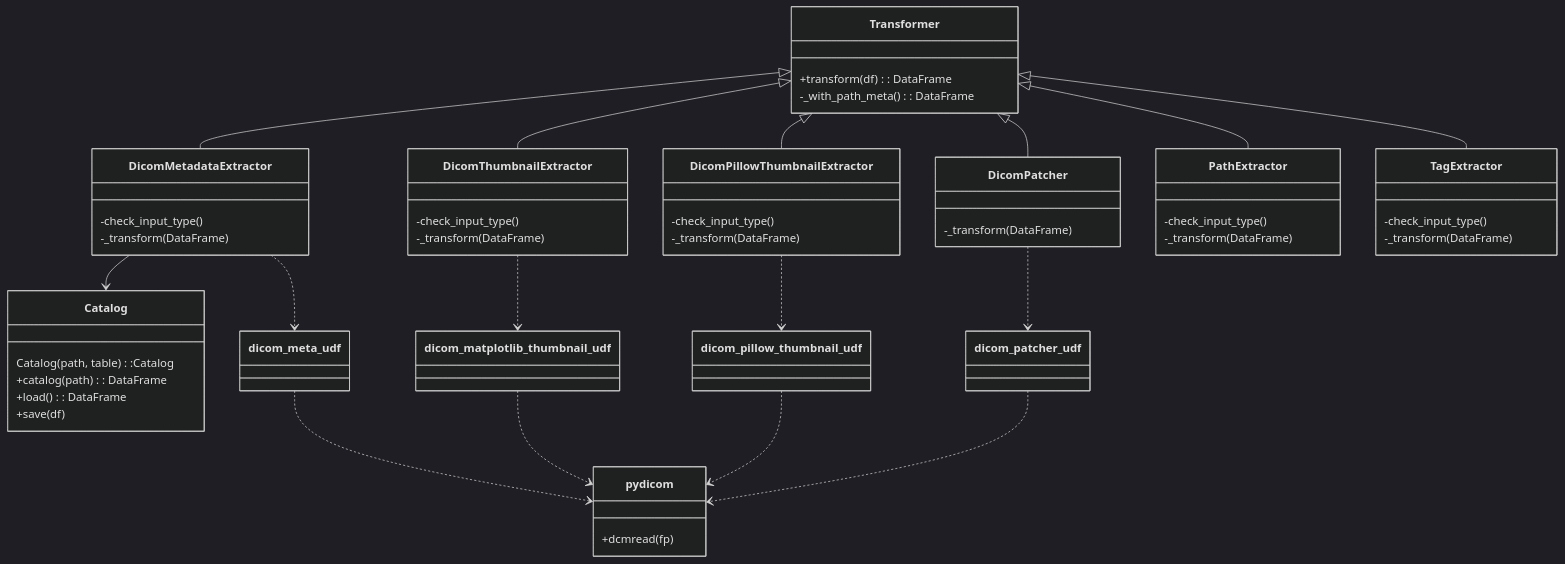
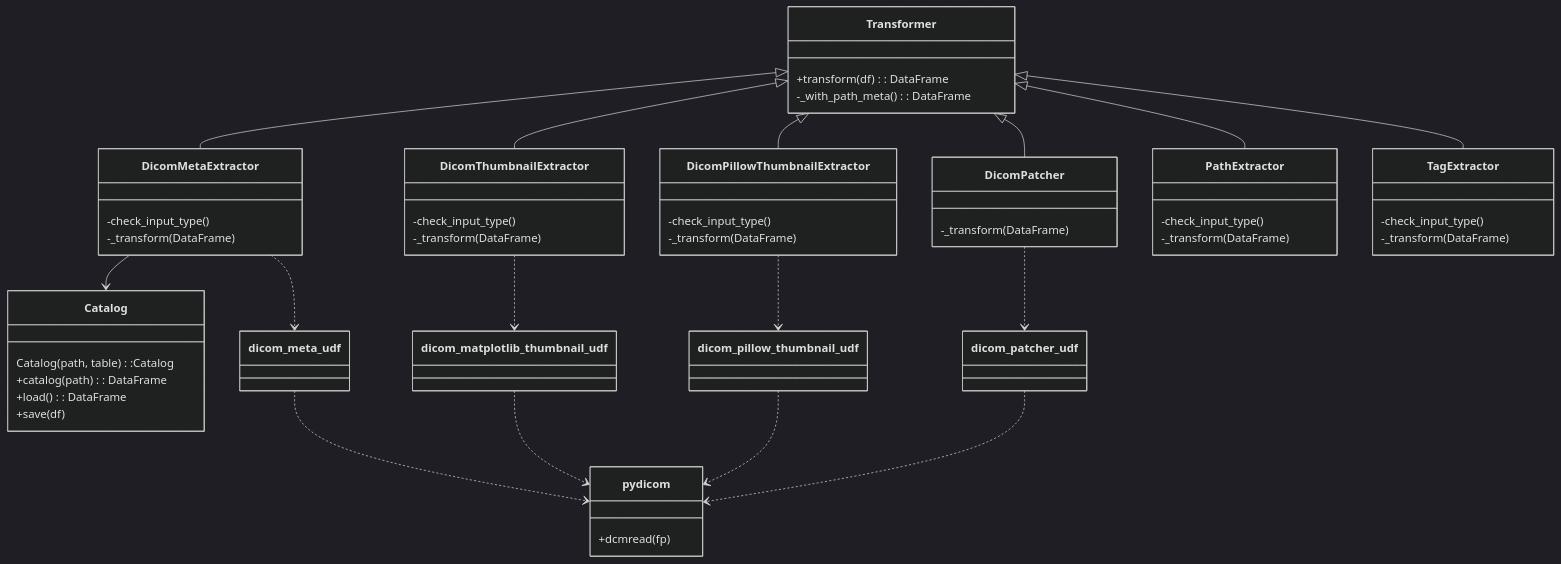
Before and after one commit to databricks-industry-solutions/pixels: the second of 3 diagrams in README.md, drawn with Mermaid (dark theme). The commit also changed other lines of this file, not shown here.

Commit message:
Rename class to correct DicomMetaExtractor

````diff
--- a/README.md
+++ b/README.md
@@ -62,46 +62,46 @@
 ```mermaid
 classDiagram
     class Transformer {
         +transform(df): DataFrame
         -_with_path_meta(): DataFrame
     }
-    Transformer <|-- DicomMetadataExtractor
+    Transformer <|-- DicomMetaExtractor
     Transformer <|-- DicomThumbnailExtractor
     Transformer <|-- DicomPillowThumbnailExtractor
     Transformer <|-- DicomPatcher
     Transformer <|-- PathExtractor
     Transformer <|-- TagExtractor
 
     PathExtractor: -check_input_type()
     TagExtractor: -check_input_type()
-    DicomMetadataExtractor: -check_input_type()
-    DicomMetadataExtractor: -_transform(DataFrame)
+    DicomMetaExtractor: -check_input_type()
+    DicomMetaExtractor: -_transform(DataFrame)
     DicomThumbnailExtractor: -check_input_type()
     DicomThumbnailExtractor: -_transform(DataFrame)
     DicomPillowThumbnailExtractor: -check_input_type()
     DicomPillowThumbnailExtractor: -_transform(DataFrame)
     DicomPatcher: -_transform(DataFrame)
 
     PathExtractor: -_transform(DataFrame)
     TagExtractor: -_transform(DataFrame)
     
-    DicomMetadataExtractor --> Catalog
-    DicomMetadataExtractor ..> dicom_meta_udf
+    DicomMetaExtractor --> Catalog
+    DicomMetaExtractor ..> dicom_meta_udf
     DicomThumbnailExtractor ..> dicom_matplotlib_thumbnail_udf
     DicomPillowThumbnailExtractor ..> dicom_pillow_thumbnail_udf
     DicomPatcher ..> dicom_patcher_udf
 
     dicom_meta_udf ..> pydicom
     dicom_matplotlib_thumbnail_udf ..> pydicom
     dicom_pillow_thumbnail_udf  ..> pydicom
     dicom_patcher_udf  ..> pydicom
 
     pydicom: +dcmread(fp)
 
     class Catalog {
         Catalog(path, table):Catalog
         +catalog(path): DataFrame
         +load(): DataFrame
         +save(df)
     }
 ```
````
